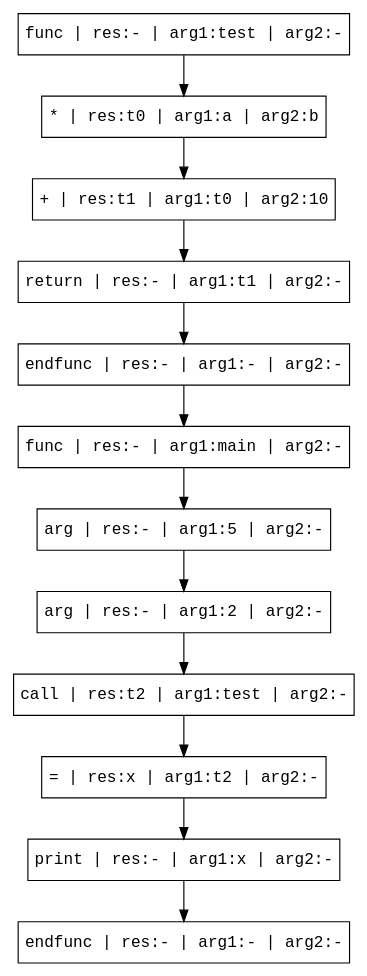
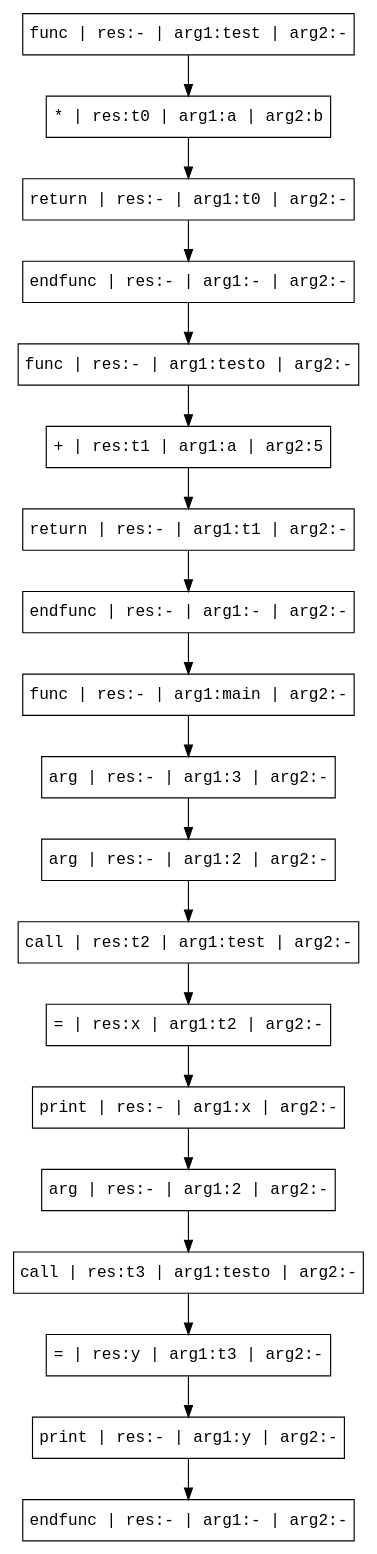
The diagram in B-Minus Compiler/graph.dot (KutayAtlas2/B-Minor-Compiler-Project), drawn with Graphviz before and after one commit. The commit also changed 16 other files, not shown here.

```diff
--- a/B-Minus Compiler/graph.dot
+++ b/B-Minus Compiler/graph.dot
@@ -1,26 +1,40 @@
 digraph IR_Flow {
   node [shape=rect, fontname="Courier"];
-  instr_0x15204040 [label="func | res:- | arg1:test | arg2:-"];
-  instr_0x15204110 [label="* | res:t0 | arg1:a | arg2:b"];
-  instr_0x15204200 [label="+ | res:t1 | arg1:t0 | arg2:10"];
-  instr_0x152045b0 [label="return | res:- | arg1:t1 | arg2:-"];
-  instr_0x15204600 [label="endfunc | res:- | arg1:- | arg2:-"];
-  instr_0x15204650 [label="func | res:- | arg1:main | arg2:-"];
-  instr_0x152046e0 [label="arg | res:- | arg1:5 | arg2:-"];
-  instr_0x15204770 [label="arg | res:- | arg1:2 | arg2:-"];
-  instr_0x15204800 [label="call | res:t2 | arg1:test | arg2:-"];
-  instr_0x15204890 [label="= | res:x | arg1:t2 | arg2:-"];
-  instr_0x15204940 [label="print | res:- | arg1:x | arg2:-"];
-  instr_0x152049b0 [label="endfunc | res:- | arg1:- | arg2:-"];
-  instr_0x15204040 -> instr_0x15204110;
-  instr_0x15204110 -> instr_0x15204200;
-  instr_0x15204200 -> instr_0x152045b0;
-  instr_0x152045b0 -> instr_0x15204600;
-  instr_0x15204600 -> instr_0x15204650;
-  instr_0x15204650 -> instr_0x152046e0;
-  instr_0x152046e0 -> instr_0x15204770;
-  instr_0x15204770 -> instr_0x15204800;
-  instr_0x15204800 -> instr_0x15204890;
-  instr_0x15204890 -> instr_0x15204940;
-  instr_0x15204940 -> instr_0x152049b0;
+  instr_0xeb387b0 [label="func | res:- | arg1:test | arg2:-"];
+  instr_0xeb38880 [label="* | res:t0 | arg1:a | arg2:b"];
+  instr_0xeb38930 [label="return | res:- | arg1:t0 | arg2:-"];
+  instr_0xeb389a0 [label="endfunc | res:- | arg1:- | arg2:-"];
+  instr_0xeb389f0 [label="func | res:- | arg1:testo | arg2:-"];
+  instr_0xeb38ac0 [label="+ | res:t1 | arg1:a | arg2:5"];
+  instr_0xeb38e70 [label="return | res:- | arg1:t1 | arg2:-"];
+  instr_0xeb38ec0 [label="endfunc | res:- | arg1:- | arg2:-"];
+  instr_0xeb38f10 [label="func | res:- | arg1:main | arg2:-"];
+  instr_0xeb38fa0 [label="arg | res:- | arg1:3 | arg2:-"];
+  instr_0xeb39030 [label="arg | res:- | arg1:2 | arg2:-"];
+  instr_0xeb390c0 [label="call | res:t2 | arg1:test | arg2:-"];
+  instr_0xeb39150 [label="= | res:x | arg1:t2 | arg2:-"];
+  instr_0xeb39200 [label="print | res:- | arg1:x | arg2:-"];
+  instr_0xeb39290 [label="arg | res:- | arg1:2 | arg2:-"];
+  instr_0xeb39320 [label="call | res:t3 | arg1:testo | arg2:-"];
+  instr_0xeb393b0 [label="= | res:y | arg1:t3 | arg2:-"];
+  instr_0xeb39460 [label="print | res:- | arg1:y | arg2:-"];
+  instr_0xeb394d0 [label="endfunc | res:- | arg1:- | arg2:-"];
+  instr_0xeb387b0 -> instr_0xeb38880;
+  instr_0xeb38880 -> instr_0xeb38930;
+  instr_0xeb38930 -> instr_0xeb389a0;
+  instr_0xeb389a0 -> instr_0xeb389f0;
+  instr_0xeb389f0 -> instr_0xeb38ac0;
+  instr_0xeb38ac0 -> instr_0xeb38e70;
+  instr_0xeb38e70 -> instr_0xeb38ec0;
+  instr_0xeb38ec0 -> instr_0xeb38f10;
+  instr_0xeb38f10 -> instr_0xeb38fa0;
+  instr_0xeb38fa0 -> instr_0xeb39030;
+  instr_0xeb39030 -> instr_0xeb390c0;
+  instr_0xeb390c0 -> instr_0xeb39150;
+  instr_0xeb39150 -> instr_0xeb39200;
+  instr_0xeb39200 -> instr_0xeb39290;
+  instr_0xeb39290 -> instr_0xeb39320;
+  instr_0xeb39320 -> instr_0xeb393b0;
+  instr_0xeb393b0 -> instr_0xeb39460;
+  instr_0xeb39460 -> instr_0xeb394d0;
 }
```
